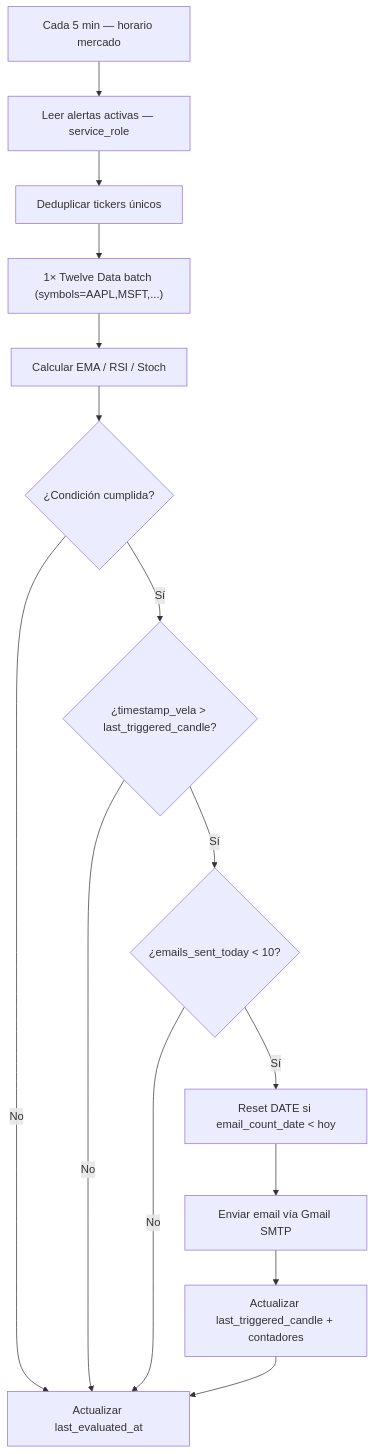
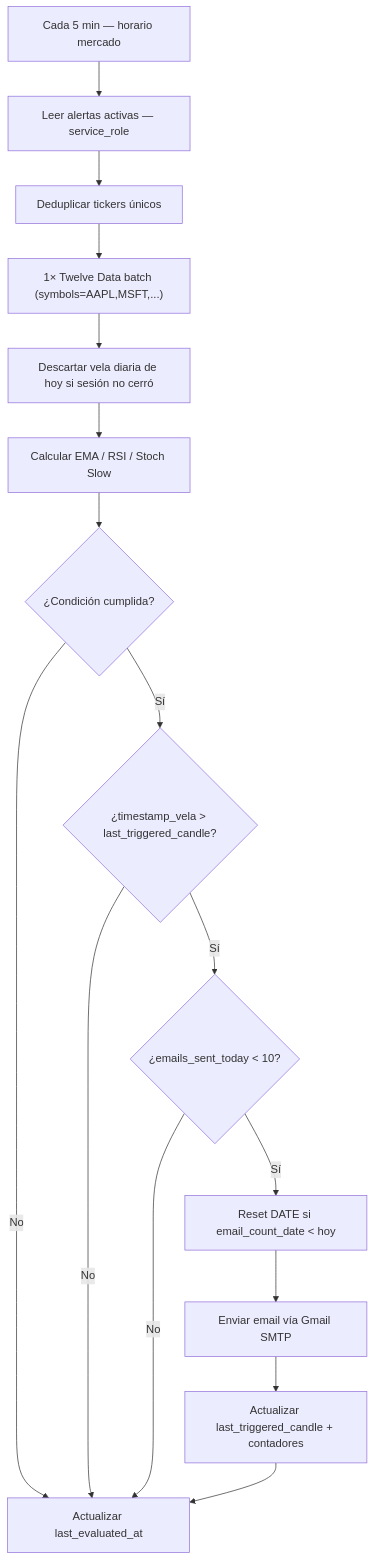
The first of 2 diagrams in docs/ARCHITECTURE.md (boshaftaf-rgb/finanzas-Alarma), drawn with Mermaid before and after one commit. The commit also changed other lines of this file and 32 other files, not shown here.

````diff
--- a/docs/ARCHITECTURE.md
+++ b/docs/ARCHITECTURE.md
@@ -287,17 +289,18 @@
 ```mermaid
 flowchart TD
     A[Cada 5 min — horario mercado] --> B[Leer alertas activas — service_role]
     B --> C[Deduplicar tickers únicos]
     C --> D["1× Twelve Data batch (symbols=AAPL,MSFT,...)"]
-    D --> E[Calcular EMA / RSI / Stoch]
+    D --> D2[Descartar vela diaria de hoy si sesión no cerró]
+    D2 --> E[Calcular EMA / RSI / Stoch Slow]
     E --> F{¿Condición cumplida?}
     F -->|No| G[Actualizar last_evaluated_at]
     F -->|Sí| H{¿timestamp_vela > last_triggered_candle?}
     H -->|No| G
     H -->|Sí| I{¿emails_sent_today < 10?}
     I -->|No| G
     I -->|Sí| J[Reset DATE si email_count_date < hoy]
     J --> K[Enviar email vía Gmail SMTP]
     K --> L[Actualizar last_triggered_candle + contadores]
     L --> G
 ```
````
